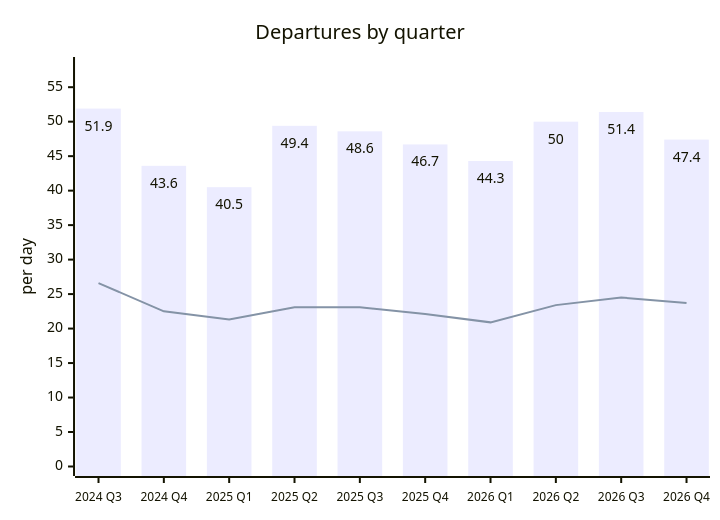
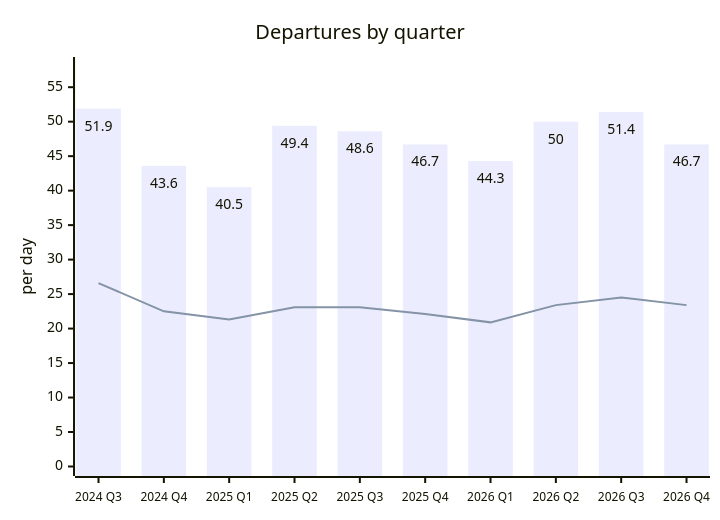
One commit to rainermesi/tll-airport-departures changed the second of 2 diagrams in README.md. Above: the diagram before and after it, drawn with Mermaid. The commit also changed other lines of this file and 3 other files, not shown here.

````diff
--- a/README.md
+++ b/README.md
@@ -54,15 +54,15 @@
 ```mermaid
 ---
 config:
   xyChart:
     showDataLabel: true
     xAxis:
       labelFontSize: 12
 ---
 xychart-beta
     title "Departures by quarter"
     x-axis ["2024 Q3", "2024 Q4", "2025 Q1", "2025 Q2", "2025 Q3", "2025 Q4", "2026 Q1", "2026 Q2", "2026 Q3", "2026 Q4"]
     y-axis "per day" 0 --> 58
-    bar [51.9, 43.6, 40.5, 49.4, 48.6, 46.7, 44.3, 50.0, 51.4, 47.4]
-    line [26.6, 22.5, 21.3, 23.1, 23.1, 22.1, 20.9, 23.4, 24.5, 23.7]
+    bar [51.9, 43.6, 40.5, 49.4, 48.6, 46.7, 44.3, 50.0, 51.4, 46.7]
+    line [26.6, 22.5, 21.3, 23.1, 23.1, 22.1, 20.9, 23.4, 24.5, 23.4]
 ```
````
